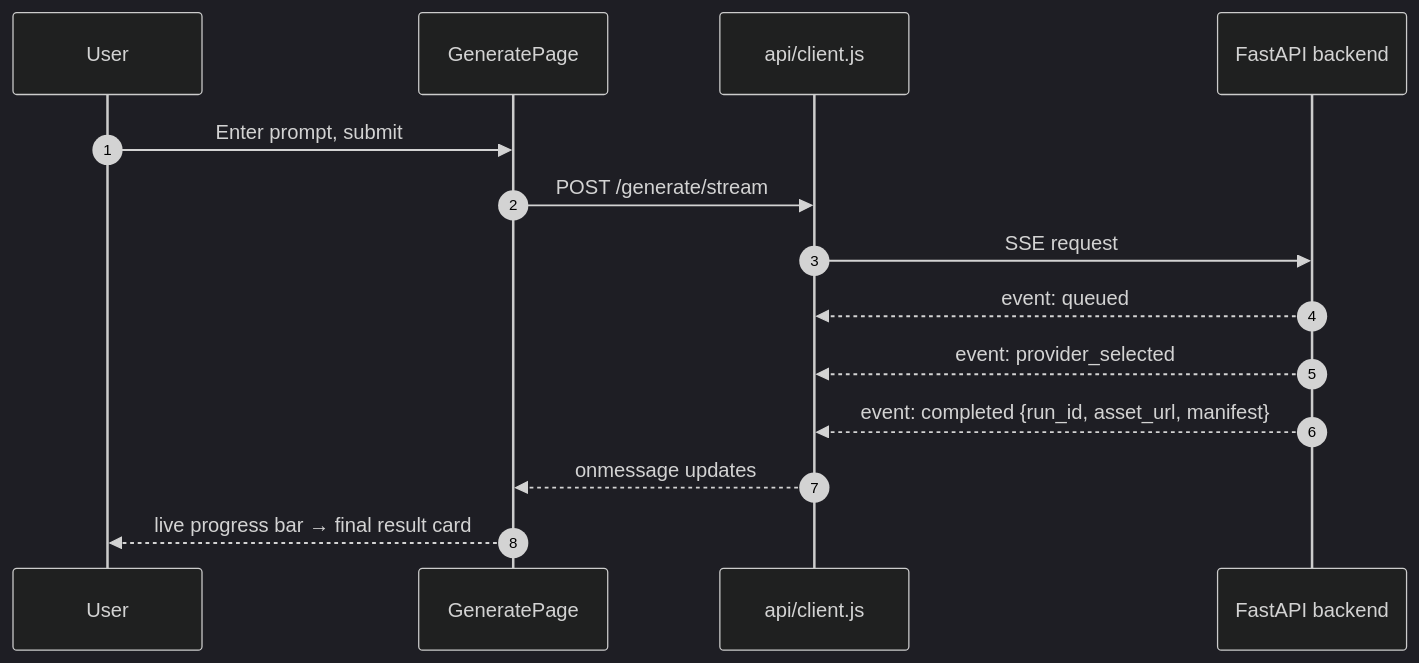
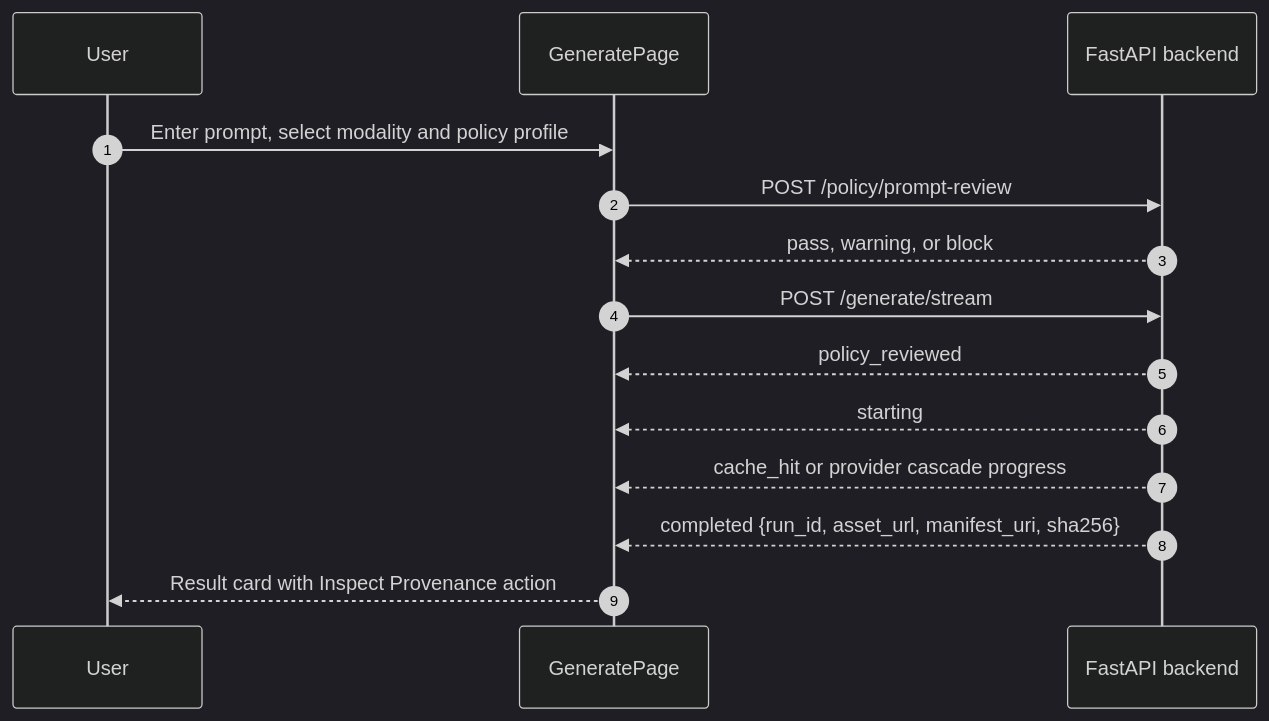
Before and after one commit to Ksalgotra1/Notary: the second of 2 diagrams in frontend/README.md, drawn with Mermaid (dark theme). The commit also changed other lines of this file and 23 other files, not shown here.

````diff
--- a/frontend/README.md
+++ b/frontend/README.md
@@ -64,17 +69,17 @@
 ```mermaid
 sequenceDiagram
     autonumber
     participant U as User
     participant G as GeneratePage
-    participant A as api/client.js
     participant API as FastAPI backend
 
-    U->>G: Enter prompt, submit
-    G->>A: POST /generate/stream
-    A->>API: SSE request
-    API-->>A: event: queued
-    API-->>A: event: provider_selected
-    API-->>A: event: completed {run_id, asset_url, manifest}
-    A-->>G: onmessage updates
-    G-->>U: live progress bar → final result card
+    U->>G: Enter prompt, select modality and policy profile
+    G->>API: POST /policy/prompt-review
+    API-->>G: pass, warning, or block
+    G->>API: POST /generate/stream
+    API-->>G: policy_reviewed
+    API-->>G: starting
+    API-->>G: cache_hit or provider cascade progress
+    API-->>G: completed {run_id, asset_url, manifest_uri, sha256}
+    G-->>U: Result card with Inspect Provenance action
 ```
````
